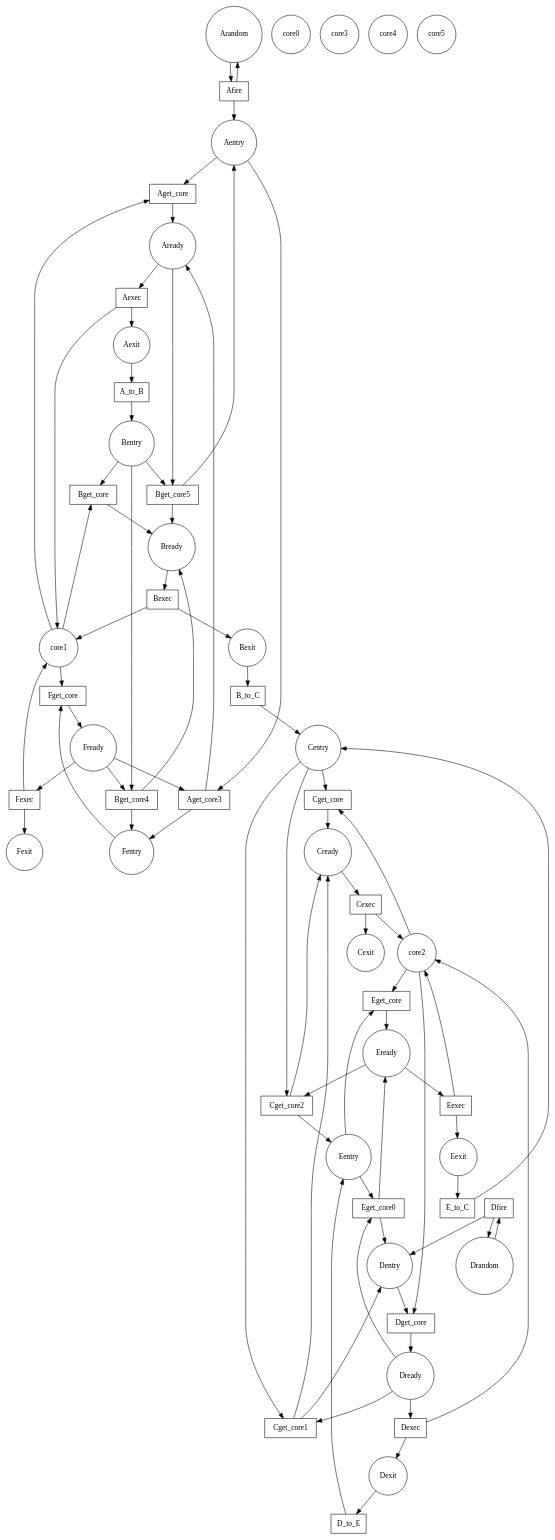
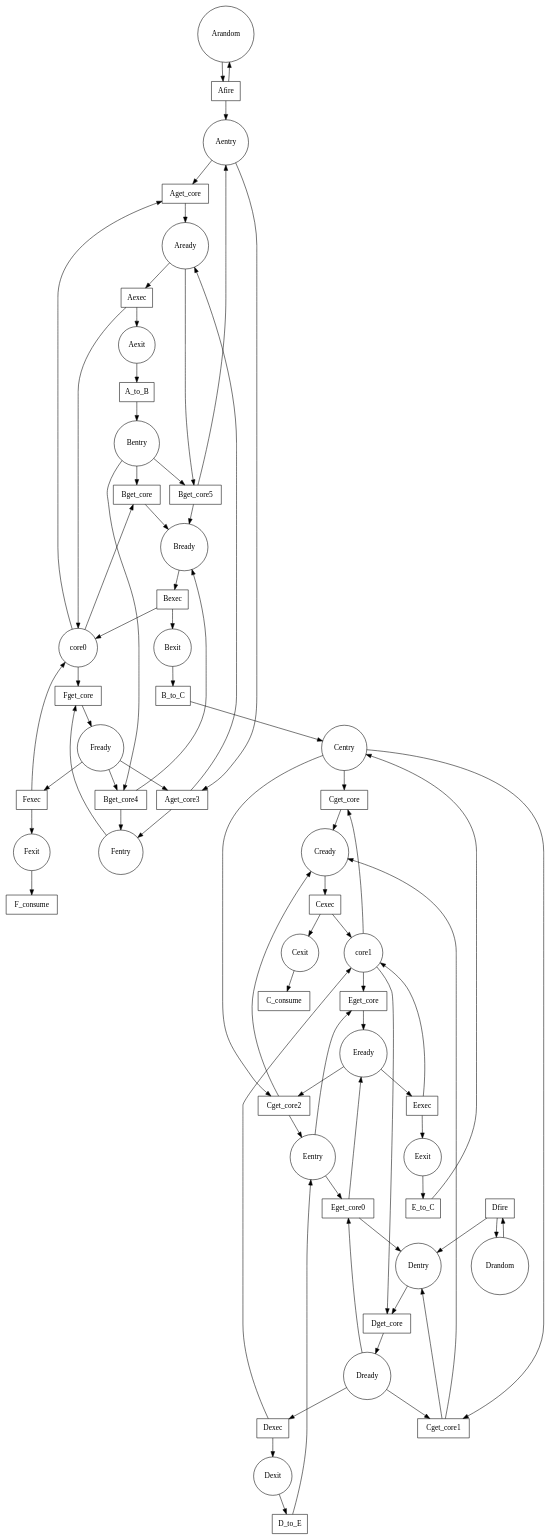
One commit to kevindadi/PPTPN changed the diagram in example/ptpn_graph.dot. Above: the diagram before and after it, drawn with Graphviz. The commit also changed 17 other files, not shown here.

```diff
--- a/example/ptpn_graph.dot
+++ b/example/ptpn_graph.dot
@@ -1,126 +1,126 @@
 digraph G {
 Arandom [label=Arandom, shape=circle];
 Afire [label=Afire, shape=box];
 Aentry [label=Aentry, shape=circle];
 Aget_core [label=Aget_core, shape=box];
 Aready [label=Aready, shape=circle];
 Aexec [label=Aexec, shape=box];
 Aexit [label=Aexit, shape=circle];
 Bentry [label=Bentry, shape=circle];
 Bget_core [label=Bget_core, shape=box];
 Bready [label=Bready, shape=circle];
 Bexec [label=Bexec, shape=box];
 Bexit [label=Bexit, shape=circle];
 Centry [label=Centry, shape=circle];
 Cget_core [label=Cget_core, shape=box];
 Cready [label=Cready, shape=circle];
 Cexec [label=Cexec, shape=box];
 Cexit [label=Cexit, shape=circle];
+C_consume [label=C_consume, shape=box];
 Drandom [label=Drandom, shape=circle];
 Dfire [label=Dfire, shape=box];
 Dentry [label=Dentry, shape=circle];
 Dget_core [label=Dget_core, shape=box];
 Dready [label=Dready, shape=circle];
 Dexec [label=Dexec, shape=box];
 Dexit [label=Dexit, shape=circle];
 Eentry [label=Eentry, shape=circle];
 Eget_core [label=Eget_core, shape=box];
 Eready [label=Eready, shape=circle];
 Eexec [label=Eexec, shape=box];
 Eexit [label=Eexit, shape=circle];
 Fentry [label=Fentry, shape=circle];
 Fget_core [label=Fget_core, shape=box];
 Fready [label=Fready, shape=circle];
 Fexec [label=Fexec, shape=box];
 Fexit [label=Fexit, shape=circle];
+F_consume [label=F_consume, shape=box];
 A_to_B [label=A_to_B, shape=box];
 B_to_C [label=B_to_C, shape=box];
 D_to_E [label=D_to_E, shape=box];
 E_to_C [label=E_to_C, shape=box];
 Eget_core0 [label=Eget_core0, shape=box];
 Cget_core1 [label=Cget_core1, shape=box];
 Cget_core2 [label=Cget_core2, shape=box];
 Aget_core3 [label=Aget_core3, shape=box];
 Bget_core4 [label=Bget_core4, shape=box];
 Bget_core5 [label=Bget_core5, shape=box];
 core0 [label=core0, shape=circle];
 core1 [label=core1, shape=circle];
-core2 [label=core2, shape=circle];
-core3 [label=core3, shape=circle];
-core4 [label=core4, shape=circle];
-core5 [label=core5, shape=circle];
 Aentry->Aget_core  [label=""];
 Aget_core->Aready  [label=""];
 Aexec->Aexit  [label=""];
 Arandom->Afire  [label=""];
 Afire->Arandom  [label=""];
 Afire->Aentry  [label=""];
 Aready->Aexec  [label=""];
 Bentry->Bget_core  [label=""];
 Bget_core->Bready  [label=""];
 Bexec->Bexit  [label=""];
 Bready->Bexec  [label=""];
 Centry->Cget_core  [label=""];
 Cget_core->Cready  [label=""];
 Cexec->Cexit  [label=""];
 Cready->Cexec  [label=""];
+Cexit->C_consume  [label=""];
 Dentry->Dget_core  [label=""];
 Dget_core->Dready  [label=""];
 Dexec->Dexit  [label=""];
 Drandom->Dfire  [label=""];
 Dfire->Drandom  [label=""];
 Dfire->Dentry  [label=""];
 Dready->Dexec  [label=""];
 Eentry->Eget_core  [label=""];
 Eget_core->Eready  [label=""];
 Eexec->Eexit  [label=""];
 Eready->Eexec  [label=""];
 Fentry->Fget_core  [label=""];
 Fget_core->Fready  [label=""];
 Fexec->Fexit  [label=""];
 Fready->Fexec  [label=""];
+Fexit->F_consume  [label=""];
 Aexit->A_to_B  [label=""];
 A_to_B->Bentry  [label=""];
 Bexit->B_to_C  [label=""];
 B_to_C->Centry  [label=""];
 Dexit->D_to_E  [label=""];
 D_to_E->Eentry  [label=""];
 Eexit->E_to_C  [label=""];
 E_to_C->Centry  [label=""];
 Eentry->Eget_core0  [label=""];
 Dready->Eget_core0  [label=""];
 Eget_core0->Eready  [label=""];
 Eget_core0->Dentry  [label=""];
 Centry->Cget_core1  [label=""];
 Dready->Cget_core1  [label=""];
 Cget_core1->Cready  [label=""];
 Cget_core1->Dentry  [label=""];
 Centry->Cget_core2  [label=""];
 Eready->Cget_core2  [label=""];
 Cget_core2->Cready  [label=""];
 Cget_core2->Eentry  [label=""];
 Aentry->Aget_core3  [label=""];
 Fready->Aget_core3  [label=""];
 Aget_core3->Aready  [label=""];
 Aget_core3->Fentry  [label=""];
 Bentry->Bget_core4  [label=""];
 Fready->Bget_core4  [label=""];
 Bget_core4->Bready  [label=""];
 Bget_core4->Fentry  [label=""];
 Bentry->Bget_core5  [label=""];
 Aready->Bget_core5  [label=""];
 Bget_core5->Bready  [label=""];
 Bget_core5->Aentry  [label=""];
-core1->Aget_core  [label=""];
-Aexec->core1  [label=""];
-core1->Bget_core  [label=""];
-Bexec->core1  [label=""];
-core2->Cget_core  [label=""];
-Cexec->core2  [label=""];
-core2->Dget_core  [label=""];
-Dexec->core2  [label=""];
-core2->Eget_core  [label=""];
-Eexec->core2  [label=""];
-core1->Fget_core  [label=""];
-Fexec->core1  [label=""];
+core0->Aget_core  [label=""];
+Aexec->core0  [label=""];
+core0->Bget_core  [label=""];
+Bexec->core0  [label=""];
+core1->Cget_core  [label=""];
+Cexec->core1  [label=""];
+core1->Dget_core  [label=""];
+Dexec->core1  [label=""];
+core1->Eget_core  [label=""];
+Eexec->core1  [label=""];
+core0->Fget_core  [label=""];
+Fexec->core0  [label=""];
 }
```
